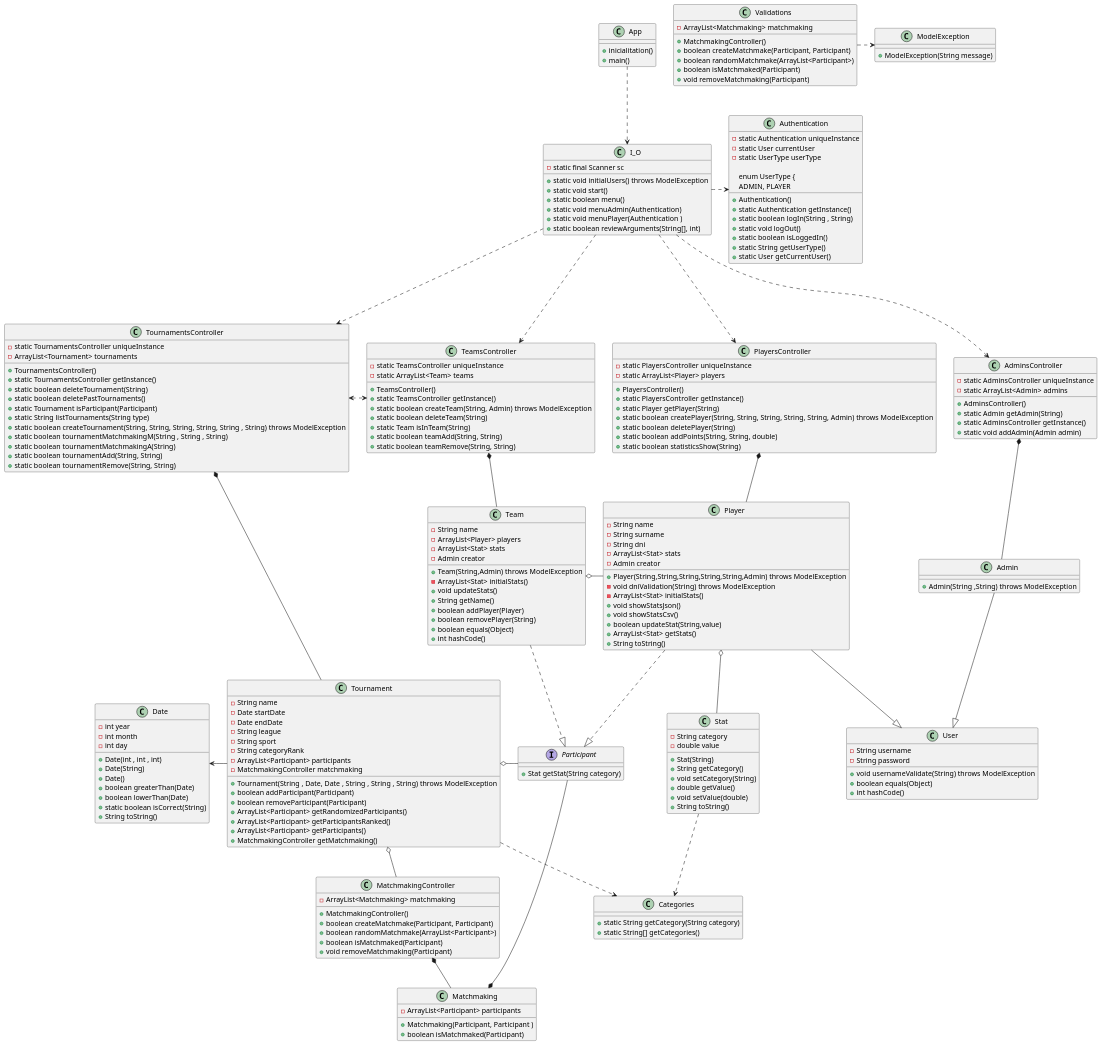
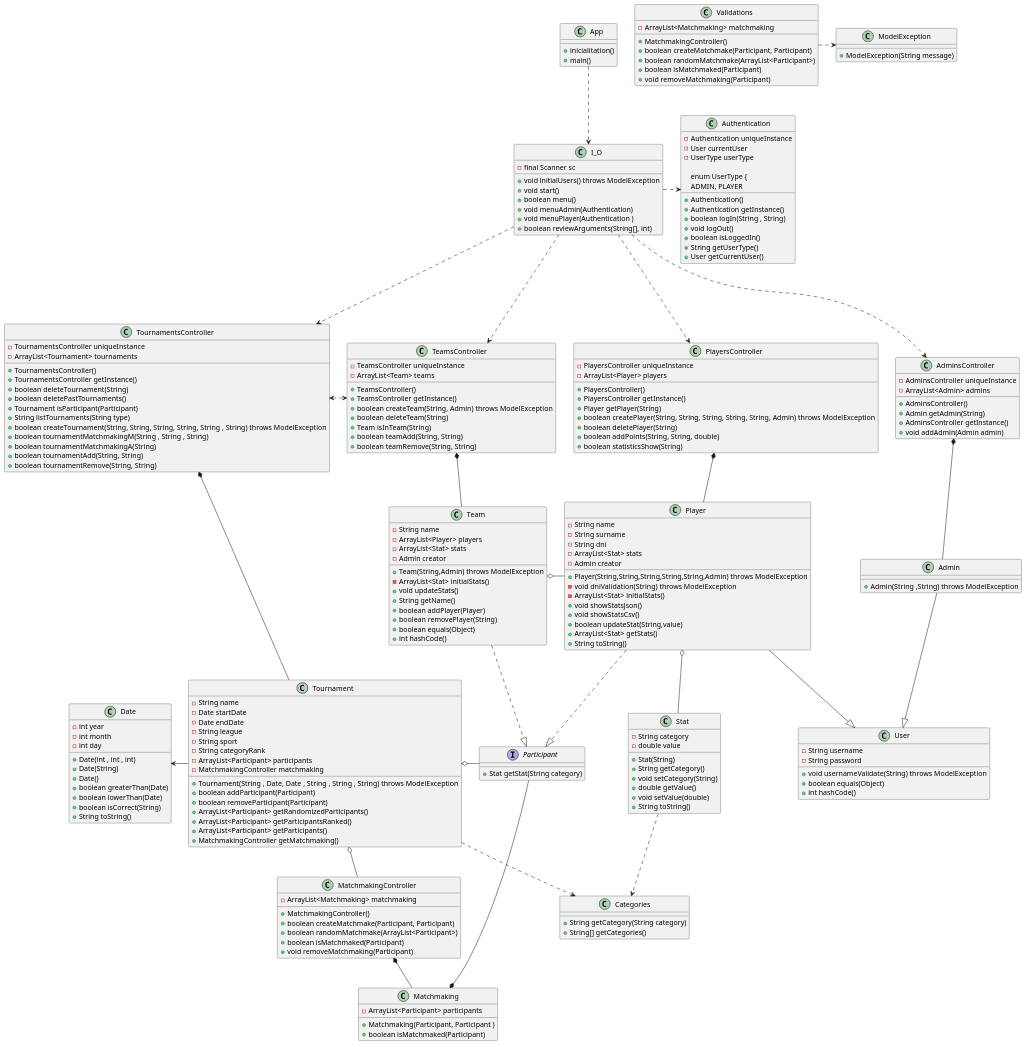
The diagram in documents/uml.puml (AlbertoArpa/POO2), drawn with PlantUML before and after one commit.

```diff
--- a/documents/uml.puml
+++ b/documents/uml.puml
@@ -61,8 +61,8 @@
 }
 
 class Categories{
-    +static String getCategory(String category)
-    + static String[] getCategories()
+    +String getCategory(String category)
+    +String[] getCategories()
 }
 
 class Stat{
@@ -116,68 +116,68 @@
 }
 
 class AdminsController{
-    - static AdminsController uniqueInstance
-    - static ArrayList<Admin> admins
+    - AdminsController uniqueInstance
+    - ArrayList<Admin> admins
     + AdminsController()
-    + static Admin getAdmin(String)
-    + static AdminsController getInstance()
-    + static void addAdmin(Admin admin)
+    + Admin getAdmin(String)
+    + AdminsController getInstance()
+    + void addAdmin(Admin admin)
 }
 
 class PlayersController{
-    - static PlayersController uniqueInstance
-    - static ArrayList<Player> players
+    - PlayersController uniqueInstance
+    - ArrayList<Player> players
     + PlayersController()
-    + static PlayersController getInstance()
-    + static Player getPlayer(String)
-    + static boolean createPlayer(String, String, String, String, String, Admin) throws ModelException
-    + static boolean deletePlayer(String)
-    + static boolean addPoints(String, String, double)
-    + static boolean statisticsShow(String)
+    + PlayersController getInstance()
+    + Player getPlayer(String)
+    + boolean createPlayer(String, String, String, String, String, Admin) throws ModelException
+    + boolean deletePlayer(String)
+    + boolean addPoints(String, String, double)
+    + boolean statisticsShow(String)
 }
 
 class Authentication{
-    - static Authentication uniqueInstance
-    - static User currentUser
-    - static UserType userType
+    - Authentication uniqueInstance
+    - User currentUser
+    - UserType userType
     + Authentication()
-    + static Authentication getInstance()
-    + static boolean logIn(String , String)
-    + static void logOut()
-    + static boolean isLoggedIn()
-    + static String getUserType()
-    + static User getCurrentUser()
+    + Authentication getInstance()
+    + boolean logIn(String , String)
+    + void logOut()
+    + boolean isLoggedIn()
+    + String getUserType()
+    + User getCurrentUser()
 
     enum UserType {
         ADMIN, PLAYER
 }
 
 class TournamentsController{
-    - static TournamentsController uniqueInstance
+    - TournamentsController uniqueInstance
     - ArrayList<Tournament> tournaments
     + TournamentsController()
-    + static TournamentsController getInstance()
-    + static boolean deleteTournament(String)
-    + static boolean deletePastTournaments()
-    + static Tournament isParticipant(Participant)
-    + static String listTournaments(String type)
-    + static boolean createTournament(String, String, String, String, String , String) throws ModelException
-    + static boolean tournamentMatchmakingM(String , String , String)
-    + static boolean tournamentMatchmakingA(String)
-    + static boolean tournamentAdd(String, String)
-    + static boolean tournamentRemove(String, String)
+    + TournamentsController getInstance()
+    + boolean deleteTournament(String)
+    + boolean deletePastTournaments()
+    + Tournament isParticipant(Participant)
+    + String listTournaments(String type)
+    + boolean createTournament(String, String, String, String, String , String) throws ModelException
+    + boolean tournamentMatchmakingM(String , String , String)
+    + boolean tournamentMatchmakingA(String)
+    + boolean tournamentAdd(String, String)
+    + boolean tournamentRemove(String, String)
 }
 
 class TeamsController{
-    - static TeamsController uniqueInstance
-    - static ArrayList<Team> teams
+    - TeamsController uniqueInstance
+    - ArrayList<Team> teams
     + TeamsController()
-    + static TeamsController getInstance()
-    + static boolean createTeam(String, Admin) throws ModelException
-    + static boolean deleteTeam(String)
-    + static Team isInTeam(String)
-    + static boolean teamAdd(String, String)
-    + static boolean teamRemove(String, String)
+    + TeamsController getInstance()
+    + boolean createTeam(String, Admin) throws ModelException
+    + boolean deleteTeam(String)
+    + Team isInTeam(String)
+    + boolean teamAdd(String, String)
+    + boolean teamRemove(String, String)
 }
 
 interface Participant{
@@ -197,18 +197,18 @@
     + Date()
     + boolean greaterThan(Date)
     + boolean lowerThan(Date)
-    + static boolean isCorrect(String)
+    + boolean isCorrect(String)
     + String toString()
 }
 
 class I_O{
-    - static final Scanner sc
-    + static void initialUsers() throws ModelException
-    + static void start()
-    + static boolean menu()
-    + static void menuAdmin(Authentication)
-    + static void menuPlayer(Authentication )
-    + static boolean reviewArguments(String[], int)
+    - final Scanner sc
+    + void initialUsers() throws ModelException
+    + void start()
+    + boolean menu()
+    + void menuAdmin(Authentication)
+    + void menuPlayer(Authentication )
+    + boolean reviewArguments(String[], int)
 }
 
 class MatchmakingController{
```
